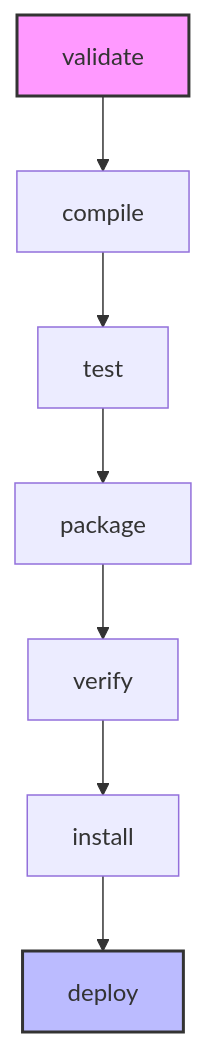
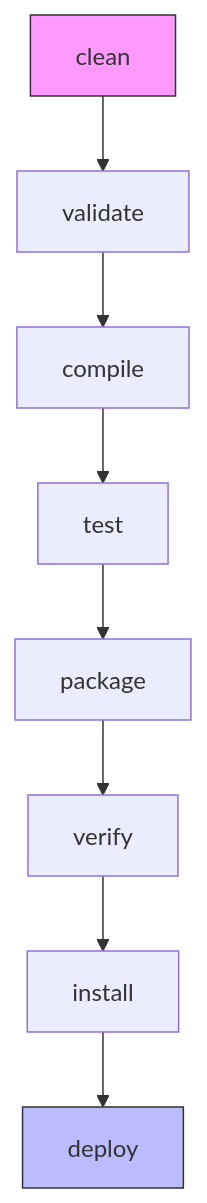
The first of 3 diagrams in apps-standalone/ayokoding-web/content/en/learn/crash-courses/swe/lang/java/maven.md (wahidyankf/oss), drawn with Mermaid before and after one commit. The commit also changed other lines of this file and 40 other files, not shown here.

````diff
--- a/apps-standalone/ayokoding-web/content/en/learn/crash-courses/swe/lang/java/maven.md
+++ b/apps-standalone/ayokoding-web/content/en/learn/crash-courses/swe/lang/java/maven.md
@@ -132,12 +105,13 @@
 ```mermaid
 graph TD
-    A[validate] --> B[compile]
-    B --> C[test]
-    C --> D[package]
-    D --> E[verify]
-    E --> F[install]
-    F --> G[deploy]
+    A[clean] --> B[validate]
+    B --> C[compile]
+    C --> D[test]
+    D --> E[package]
+    E --> F[verify]
+    F --> G[install]
+    G --> H[deploy]
 
-    style A fill:#f9f,stroke:#333,stroke-width:2px
-    style G fill:#bbf,stroke:#333,stroke-width:2px
+    style A fill:#f9f,stroke:#333
+    style H fill:#bbf,stroke:#333
 ```
````
